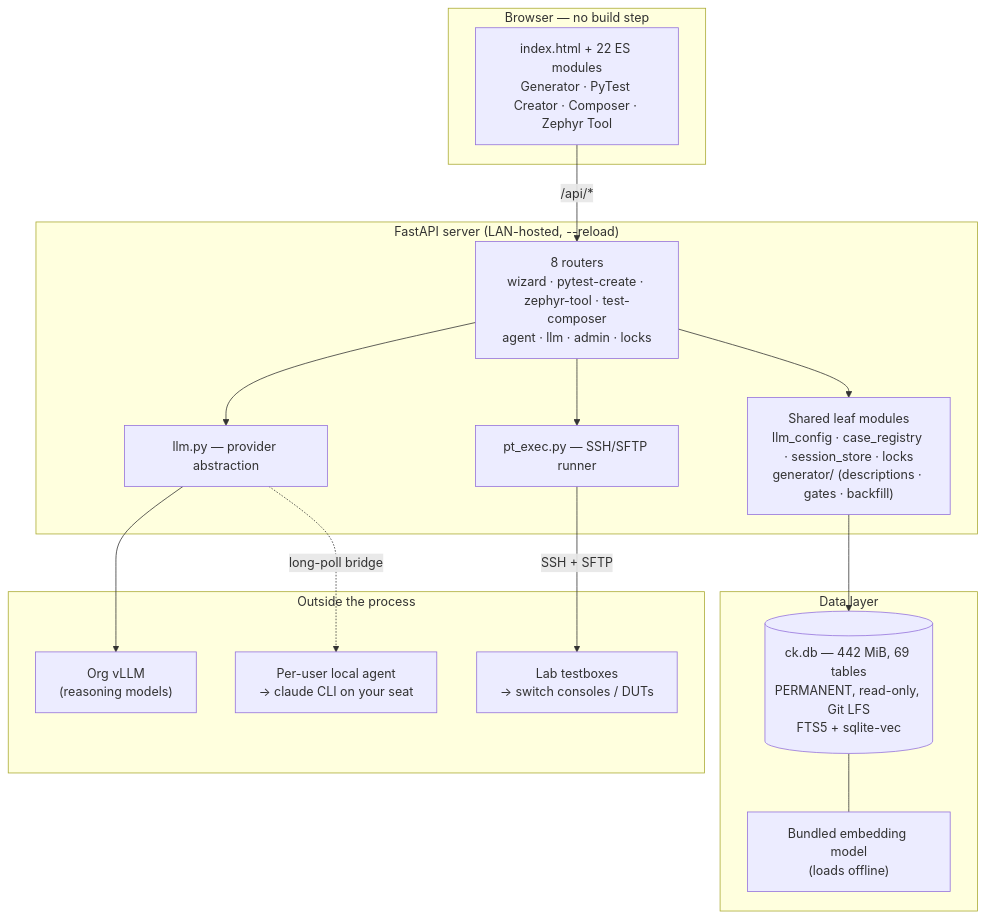
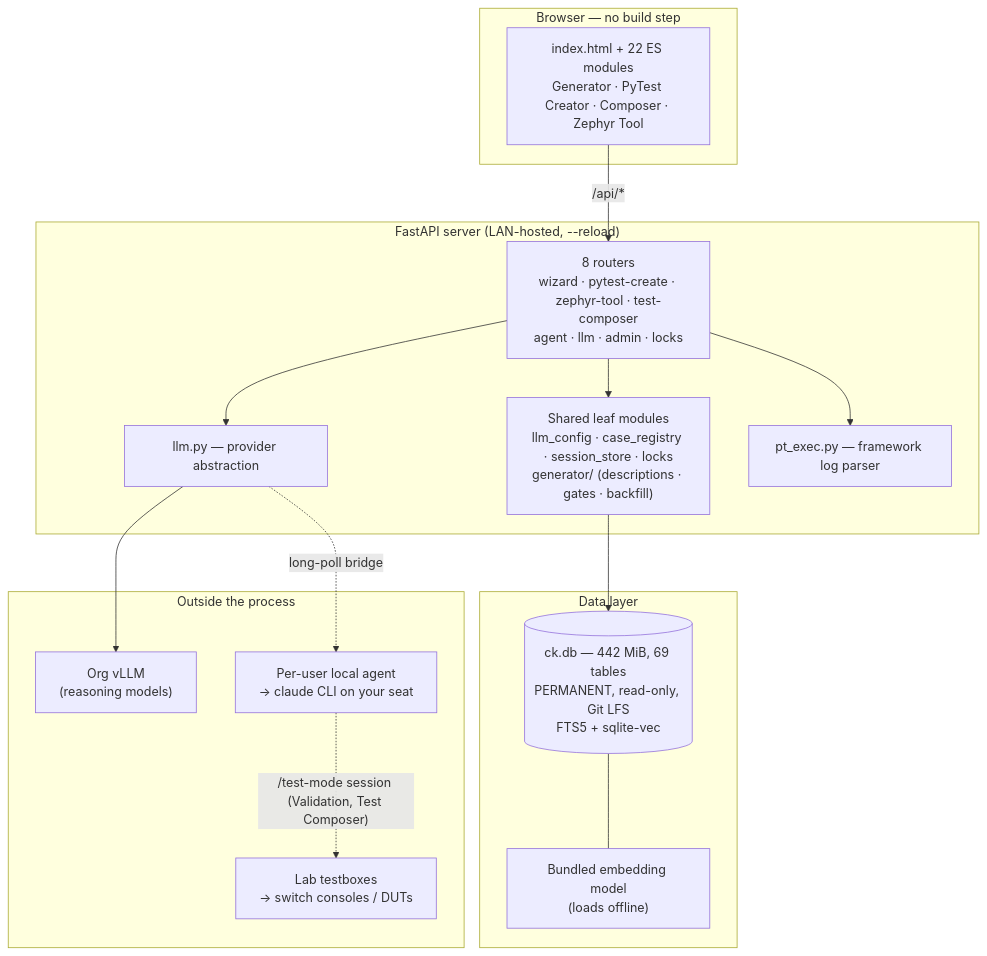
One commit to terrenceb-atlnz/Test-cases changed the diagram in ask-ck/ARCHITECTURE.md. Above: the diagram before and after it, drawn with Mermaid. The commit also changed other lines of this file and 72 other files, not shown here.

First line of the commit message:
feat(pytest-creator): end at a saved script; retire Run, Validate and Testboxes; Validation inside Test Composer

````diff
--- a/ask-ck/ARCHITECTURE.md
+++ b/ask-ck/ARCHITECTURE.md
@@ -69,32 +69,33 @@
 ```mermaid
 flowchart TB
     subgraph browser["Browser — no build step"]
         UI["index.html + 22 ES modules<br/>Generator · PyTest Creator · Composer · Zephyr Tool"]
     end
 
     subgraph server["FastAPI server (LAN-hosted, --reload)"]
         R["8 routers<br/>wizard · pytest-create · zephyr-tool · test-composer<br/>agent · llm · admin · locks"]
         CORE["Shared leaf modules<br/>llm_config · case_registry · session_store · locks<br/>generator/ (descriptions · gates · backfill)"]
         LLM["llm.py — provider abstraction"]
-        EXEC["pt_exec.py — SSH/SFTP runner"]
+        EXEC["pt_exec.py — framework log parser"]
     end
 
     subgraph data["Data layer"]
         DB[("ck.db — 442 MiB, 69 tables<br/>PERMANENT, read-only, Git LFS<br/>FTS5 + sqlite-vec")]
         EMB["Bundled embedding model<br/>(loads offline)"]
     end
 
     subgraph ext["Outside the process"]
         VLLM["Org vLLM<br/>(reasoning models)"]
         AGENT["Per-user local agent<br/>→ claude CLI on your seat"]
         TB["Lab testboxes<br/>→ switch consoles / DUTs"]
     end
 
     UI -->|"/api/*"| R
     R --> CORE --> DB
     R --> LLM
     LLM --> VLLM
     LLM -.->|long-poll bridge| AGENT
-    R --> EXEC -->|"SSH + SFTP"| TB
+    R --> EXEC
+    AGENT -.->|"/test-mode session (Validation, Test Composer)"| TB
     DB --- EMB
 ```
````
